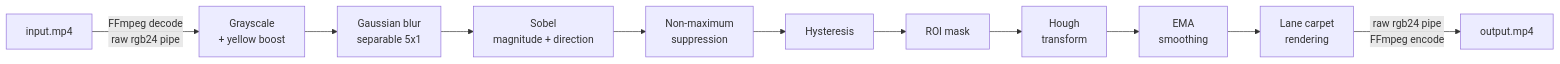
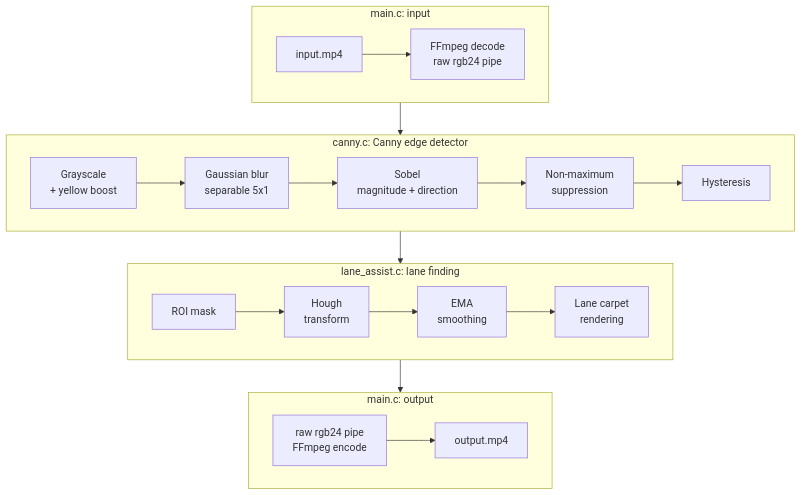
One commit to NikitaSch2004/LaneDetector changed the diagram in README.md. Above: the diagram before and after it, drawn with Mermaid.

Commit message:
README: split pipeline diagram into readable stages

````diff
--- a/README.md
+++ b/README.md
@@ -32,13 +32,20 @@
 ```mermaid
-flowchart LR
-    IN[input.mp4] -->|FFmpeg decode<br/>raw rgb24 pipe| G[Grayscale<br/>+ yellow boost]
-    G --> B[Gaussian blur<br/>separable 5x1]
-    B --> S[Sobel<br/>magnitude + direction]
-    S --> N[Non-maximum<br/>suppression]
-    N --> H[Hysteresis]
-    H --> R[ROI mask]
-    R --> T[Hough<br/>transform]
-    T --> E[EMA<br/>smoothing]
-    E --> D[Lane carpet<br/>rendering]
-    D -->|raw rgb24 pipe<br/>FFmpeg encode| OUT[output.mp4]
+flowchart TB
+    subgraph DECODE["main.c: input"]
+        direction LR
+        IN[input.mp4] --> DEC[FFmpeg decode<br/>raw rgb24 pipe]
+    end
+    subgraph CANNY["canny.c: Canny edge detector"]
+        direction LR
+        G[Grayscale<br/>+ yellow boost] --> B[Gaussian blur<br/>separable 5x1] --> S[Sobel<br/>magnitude + direction] --> N[Non-maximum<br/>suppression] --> H[Hysteresis]
+    end
+    subgraph LANES["lane_assist.c: lane finding"]
+        direction LR
+        R[ROI mask] --> T[Hough<br/>transform] --> E[EMA<br/>smoothing] --> D[Lane carpet<br/>rendering]
+    end
+    subgraph ENCODE["main.c: output"]
+        direction LR
+        ENC[raw rgb24 pipe<br/>FFmpeg encode] --> OUT[output.mp4]
+    end
+    DECODE --> CANNY --> LANES --> ENCODE
 ```
````
